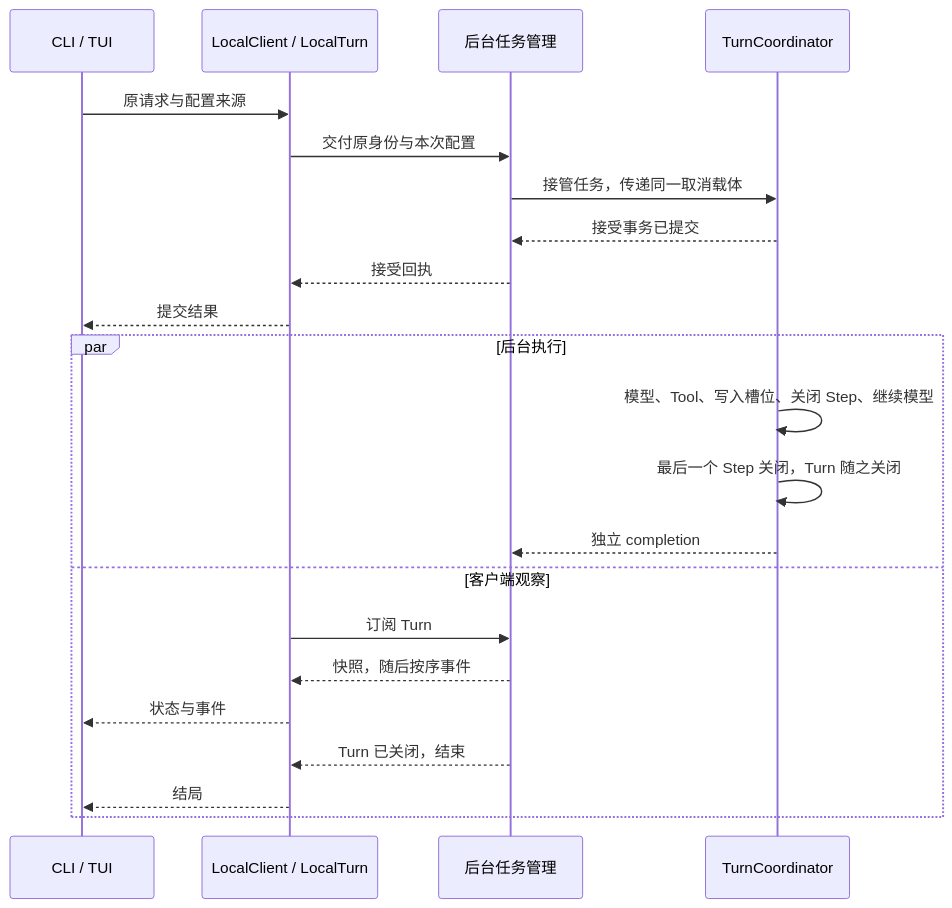
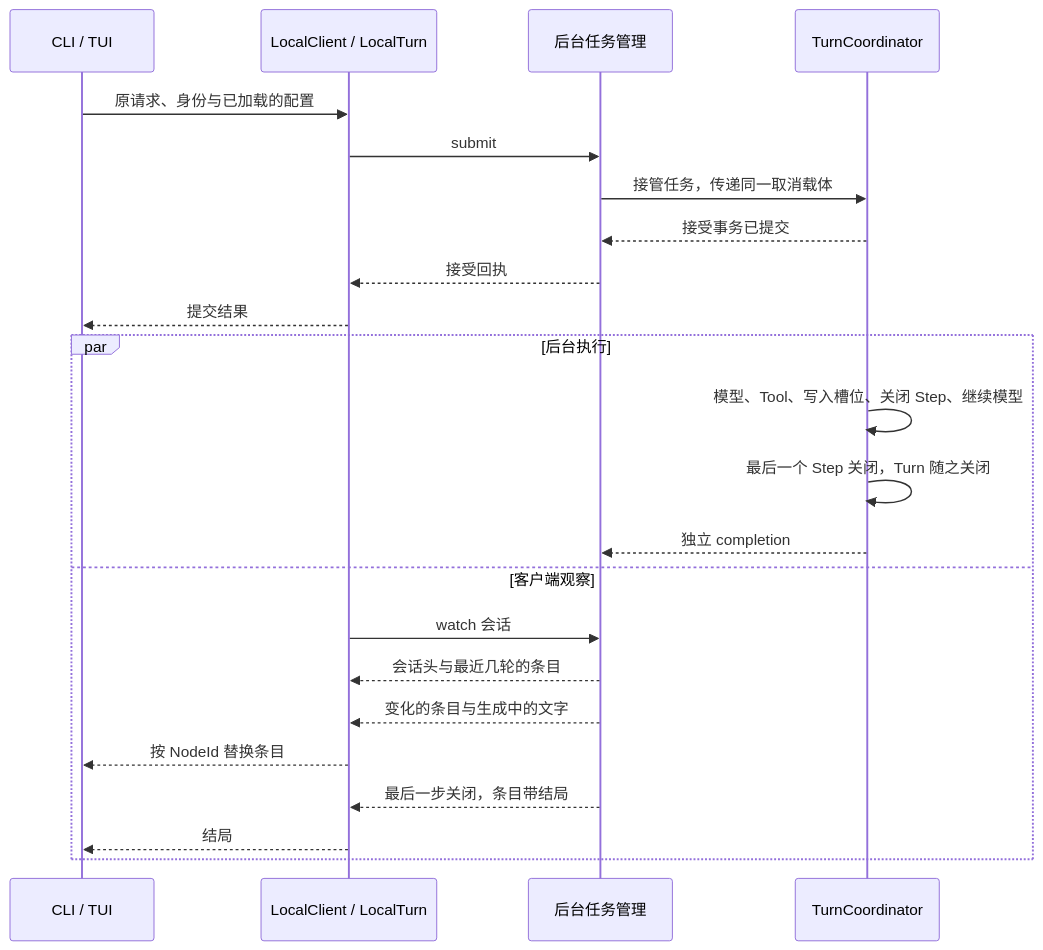
Before and after one commit to Skyline10124/lattice: the first of 2 diagrams in docs/architecture/session.md, drawn with Mermaid. The commit also changed other lines of this file and 13 other files, not shown here.

````diff
--- a/docs/architecture/session.md
+++ b/docs/architecture/session.md
@@ -116,24 +116,25 @@
 ```mermaid
 sequenceDiagram
     participant F as CLI / TUI
     participant L as LocalClient / LocalTurn
     participant B as 后台任务管理
     participant C as TurnCoordinator
-    F->>L: 原请求与配置来源
-    L->>B: 交付原身份与本次配置
+    F->>L: 原请求、身份与已加载的配置
+    L->>B: submit
     B->>C: 接管任务，传递同一取消载体
     C-->>B: 接受事务已提交
     B-->>L: 接受回执
     L-->>F: 提交结果
     par 后台执行
         C->>C: 模型、Tool、写入槽位、关闭 Step、继续模型
         C->>C: 最后一个 Step 关闭，Turn 随之关闭
         C-->>B: 独立 completion
     and 客户端观察
-        L->>B: 订阅 Turn
-        B-->>L: 快照，随后按序事件
-        L-->>F: 状态与事件
-        B-->>L: Turn 已关闭，结束
+        L->>B: watch 会话
+        B-->>L: 会话头与最近几轮的条目
+        B-->>L: 变化的条目与生成中的文字
+        L-->>F: 按 NodeId 替换条目
+        B-->>L: 最后一步关闭，条目带结局
         L-->>F: 结局
     end
 ```
````
